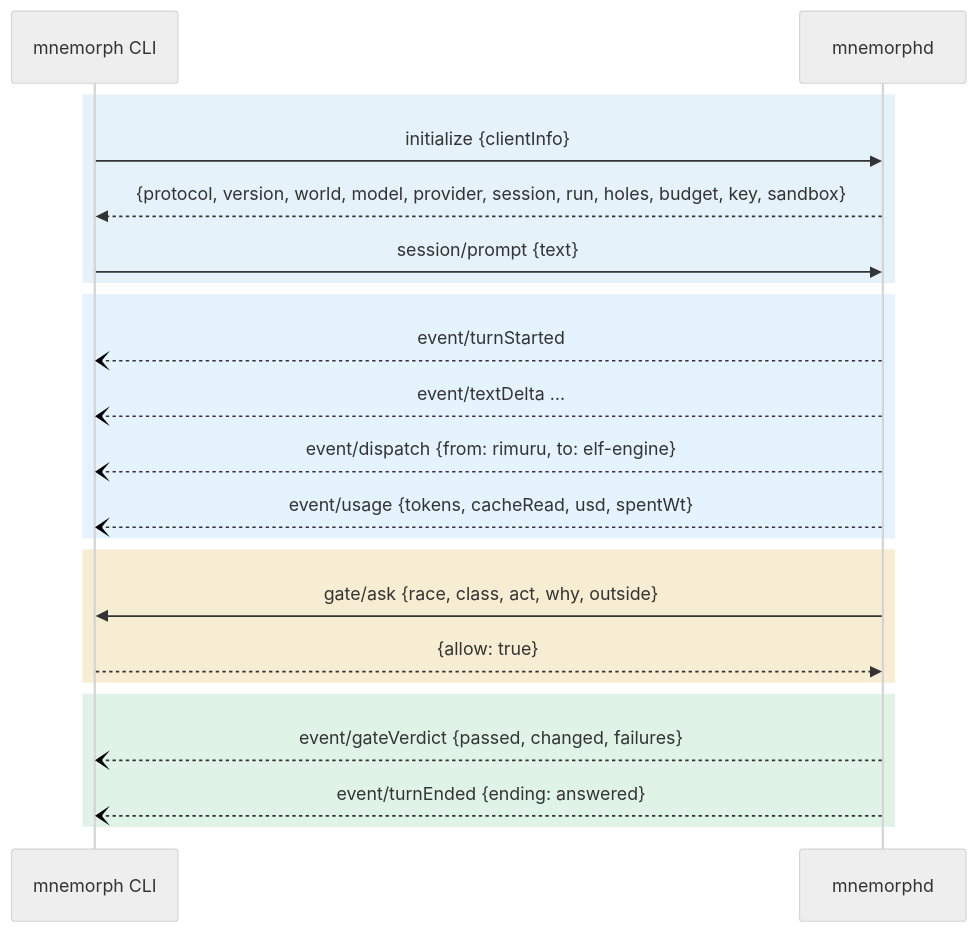
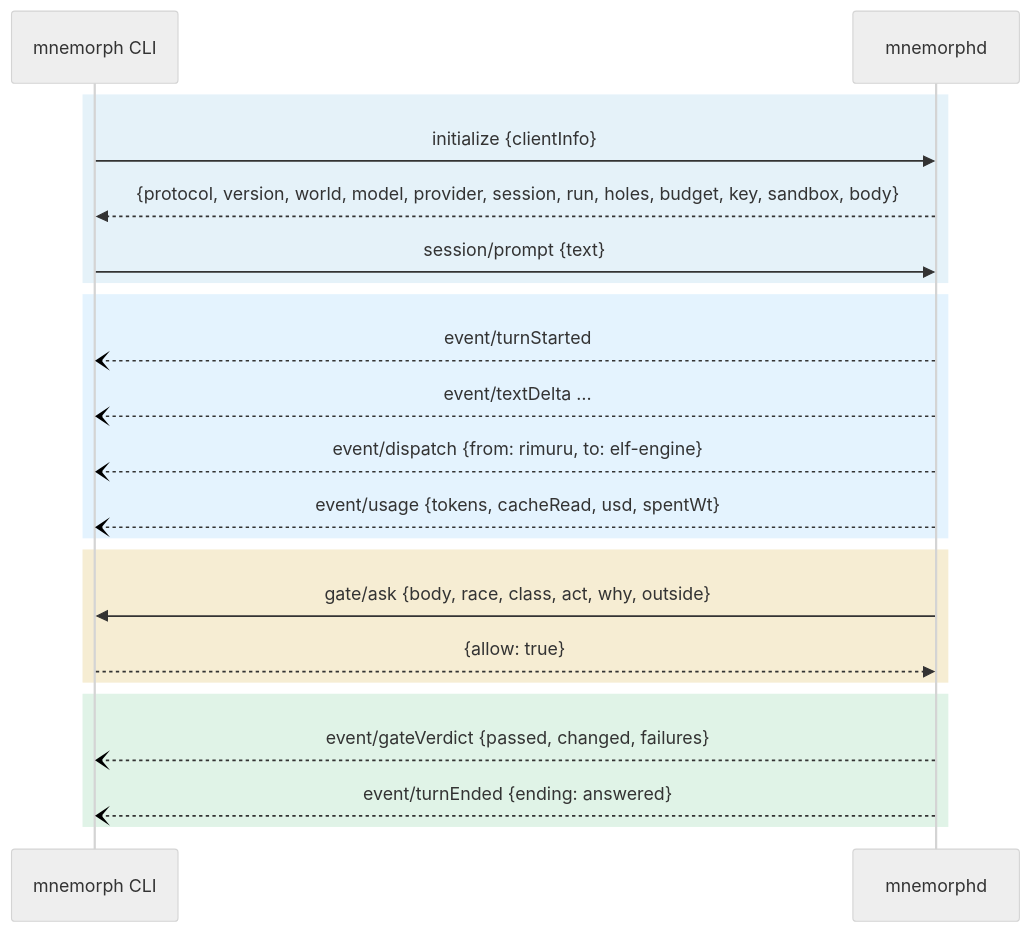
One commit to Kaginari/mnemorph changed the fourth of 4 diagrams in docs/04-communication.md. Above: the diagram before and after it, drawn with Mermaid. The commit also changed other lines of this file and 16 other files, not shown here.

Commit message:
The order at work: an approval names who asks, the hello names the session's body, a child's dollars counted

````diff
--- a/docs/04-communication.md
+++ b/docs/04-communication.md
@@ -302,31 +302,31 @@
 ```mermaid
 ---
 config:
   look: handDrawn
   theme: neutral
   flowchart:
     wrappingWidth: 360
 ---
 sequenceDiagram
     participant CLI as mnemorph CLI
     participant D as mnemorphd
     rect rgba(2,132,199,0.10)
     CLI->>D: initialize {clientInfo}
-    D-->>CLI: {protocol, version, world, model, provider, session, run, holes, budget, key, sandbox}
+    D-->>CLI: {protocol, version, world, model, provider, session, run, holes, budget, key, sandbox, body}
     CLI->>D: session/prompt {text}
     end
     rect rgba(63,169,245,0.14)
     D--)CLI: event/turnStarted
     D--)CLI: event/textDelta …
     D--)CLI: event/dispatch {from: rimuru, to: elf-engine}
     D--)CLI: event/usage {tokens, cacheRead, usd, spentWt}
     end
     rect rgba(212,175,55,0.22)
-    D->>CLI: gate/ask {race, class, act, why, outside}
+    D->>CLI: gate/ask {body, race, class, act, why, outside}
     CLI-->>D: {allow: true}
     end
     rect rgba(22,163,74,0.13)
     D--)CLI: event/gateVerdict {passed, changed, failures}
     D--)CLI: event/turnEnded {ending: answered}
     end
 ```
````
